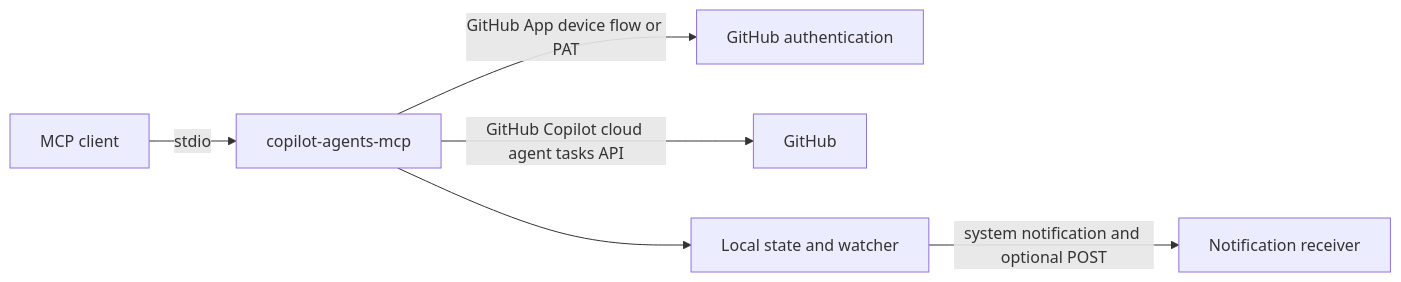
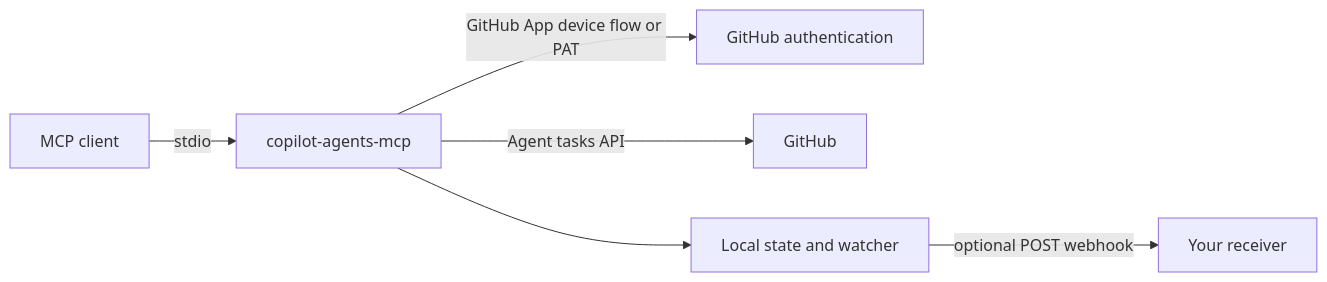
The diagram in README.md (daniel-saezv/copilot-agents-mcp), drawn with Mermaid before and after one commit. The commit also changed other lines of this file and 26 other files, not shown here.

````diff
--- a/README.md
+++ b/README.md
@@ -10,8 +9,8 @@
 ```mermaid
 flowchart LR
   C[MCP client] -->|stdio| M[copilot-agents-mcp]
   M -->|GitHub App device flow or PAT| A[GitHub authentication]
-  M -->|GitHub Copilot cloud agent tasks API| G[GitHub]
+  M -->|Agent tasks API| G[GitHub]
   M --> N[Local state and watcher]
-  N -->|system notification and optional POST| U[Notification receiver]
+  N -->|optional POST webhook| W[Your receiver]
 ```
````
